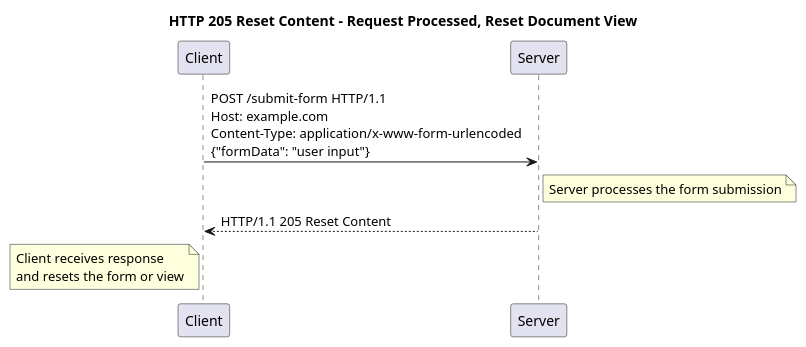
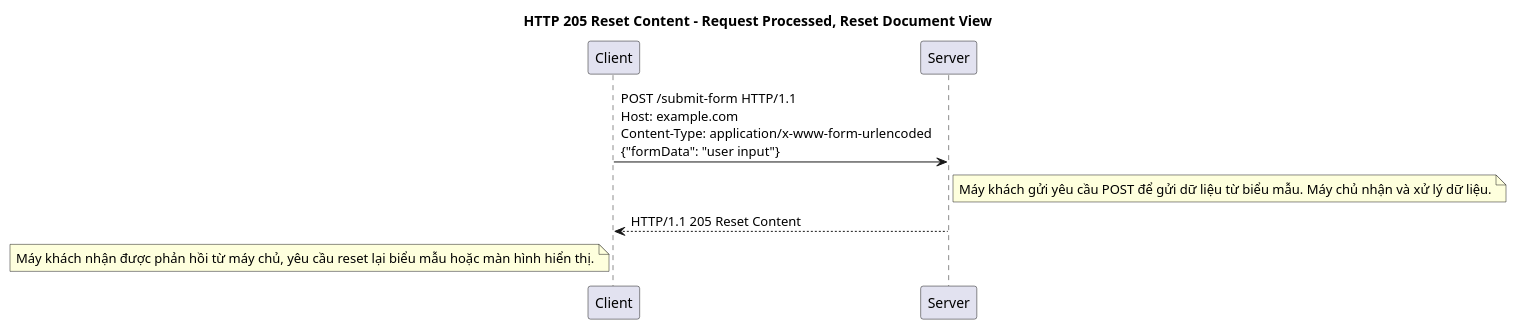
The eighth of 26 diagrams in packages/apps/src/blog/2024-12-05-y-nghia-cua-cac-http-status-code.md (thanhlv-com/thanhlv-blog), drawn with PlantUML before and after one commit. The commit also changed other lines of this file and 3 other files, not shown here.

````diff
--- a/packages/apps/src/blog/2024-12-05-y-nghia-cua-cac-http-status-code.md
+++ b/packages/apps/src/blog/2024-12-05-y-nghia-cua-cac-http-status-code.md
@@ -323,16 +320,16 @@
 ```plantuml
 @startuml
 
 title HTTP 205 Reset Content - Request Processed, Reset Document View
 
 participant "Client" as C
 participant "Server" as S
 
 C -> S: POST /submit-form HTTP/1.1\nHost: example.com\nContent-Type: application/x-www-form-urlencoded\n{"formData": "user input"}
-note right of S: Server processes the form submission
+note right of S: Máy khách gửi yêu cầu POST để gửi dữ liệu từ biểu mẫu. Máy chủ nhận và xử lý dữ liệu.
 
 S --> C: HTTP/1.1 205 Reset Content
-note left of C: Client receives response\nand resets the form or view
+note left of C: Máy khách nhận được phản hồi từ máy chủ, yêu cầu reset lại biểu mẫu hoặc màn hình hiển thị.
+@enduml
 
-@enduml
 ```
````
